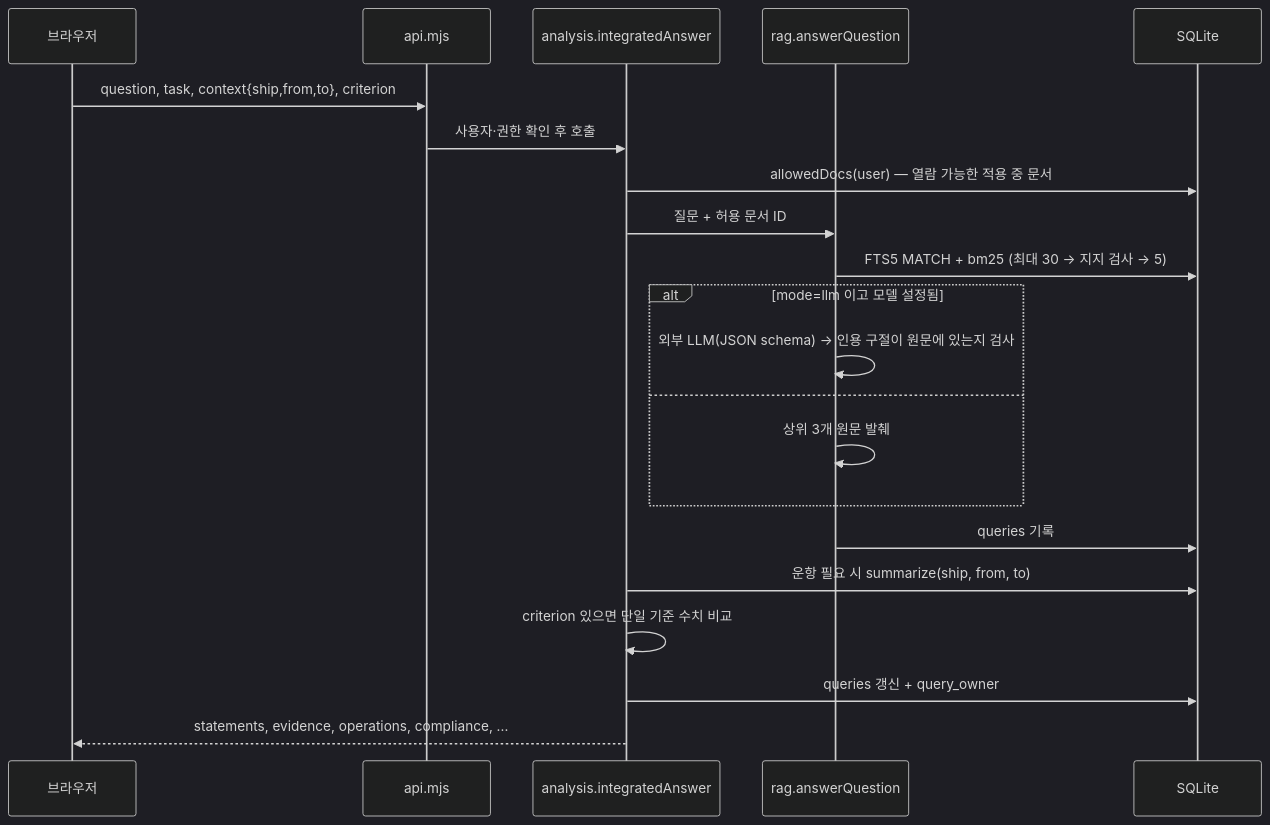
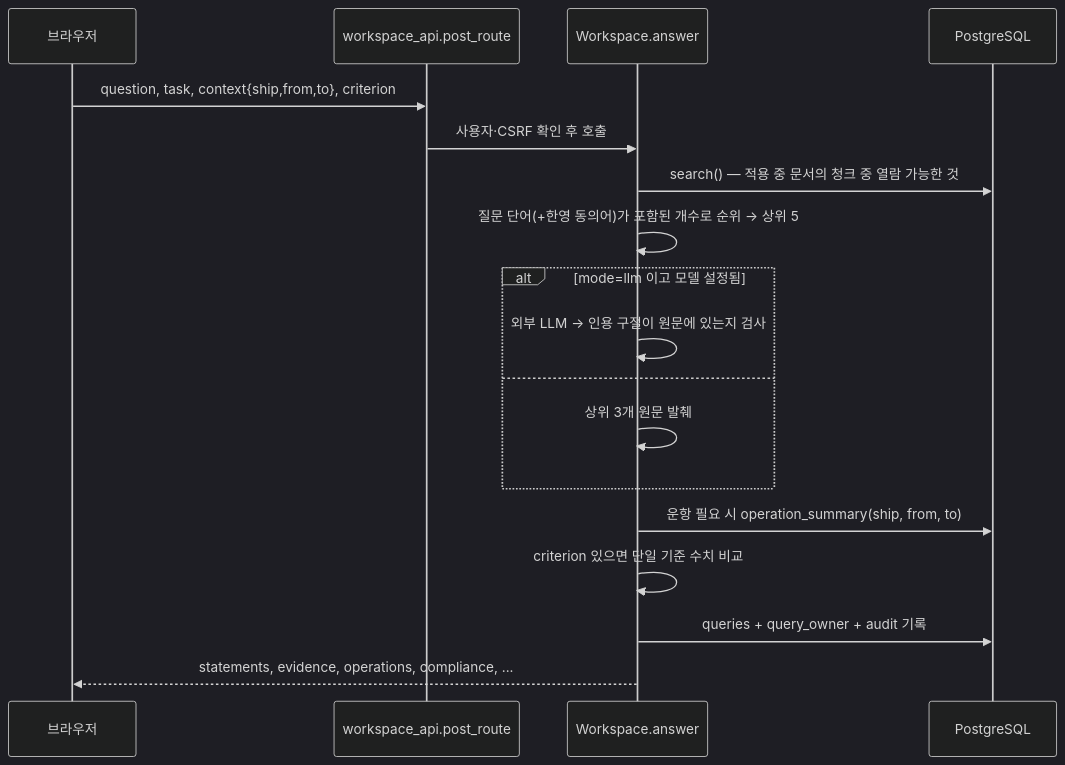
One commit to JongmuLee/sea-the-answer changed the second of 3 diagrams in docs/architecture.md. Above: the diagram before and after it, drawn with Mermaid (dark theme). The commit also changed other lines of this file and 15 other files, not shown here.

````diff
--- a/docs/architecture.md
+++ b/docs/architecture.md
@@ -57,23 +64,20 @@
 ```mermaid
 sequenceDiagram
   participant UI as 브라우저
-  participant API as api.mjs
-  participant AN as analysis.integratedAnswer
-  participant RAG as rag.answerQuestion
-  participant DB as SQLite
+  participant API as workspace_api.post_route
+  participant WS as Workspace.answer
+  participant DB as PostgreSQL
   UI->>API: question, task, context{ship,from,to}, criterion
-  API->>AN: 사용자·권한 확인 후 호출
-  AN->>DB: allowedDocs(user) — 열람 가능한 적용 중 문서
-  AN->>RAG: 질문 + 허용 문서 ID
-  RAG->>DB: FTS5 MATCH + bm25 (최대 30 → 지지 검사 → 5)
+  API->>WS: 사용자·CSRF 확인 후 호출
+  WS->>DB: search() — 적용 중 문서의 청크 중 열람 가능한 것
+  WS->>WS: 질문 단어(+한영 동의어)가 포함된 개수로 순위 → 상위 5
   alt mode=llm 이고 모델 설정됨
-    RAG->>RAG: 외부 LLM(JSON schema) → 인용 구절이 원문에 있는지 검사
+    WS->>WS: 외부 LLM → 인용 구절이 원문에 있는지 검사
   else
-    RAG->>RAG: 상위 3개 원문 발췌
+    WS->>WS: 상위 3개 원문 발췌
   end
-  RAG->>DB: queries 기록
-  AN->>DB: 운항 필요 시 summarize(ship, from, to)
-  AN->>AN: criterion 있으면 단일 기준 수치 비교
-  AN->>DB: queries 갱신 + query_owner
-  AN-->>UI: statements, evidence, operations, compliance, ...
+  WS->>DB: 운항 필요 시 operation_summary(ship, from, to)
+  WS->>WS: criterion 있으면 단일 기준 수치 비교
+  WS->>DB: queries + query_owner + audit 기록
+  WS-->>UI: statements, evidence, operations, compliance, ...
 ```
````
